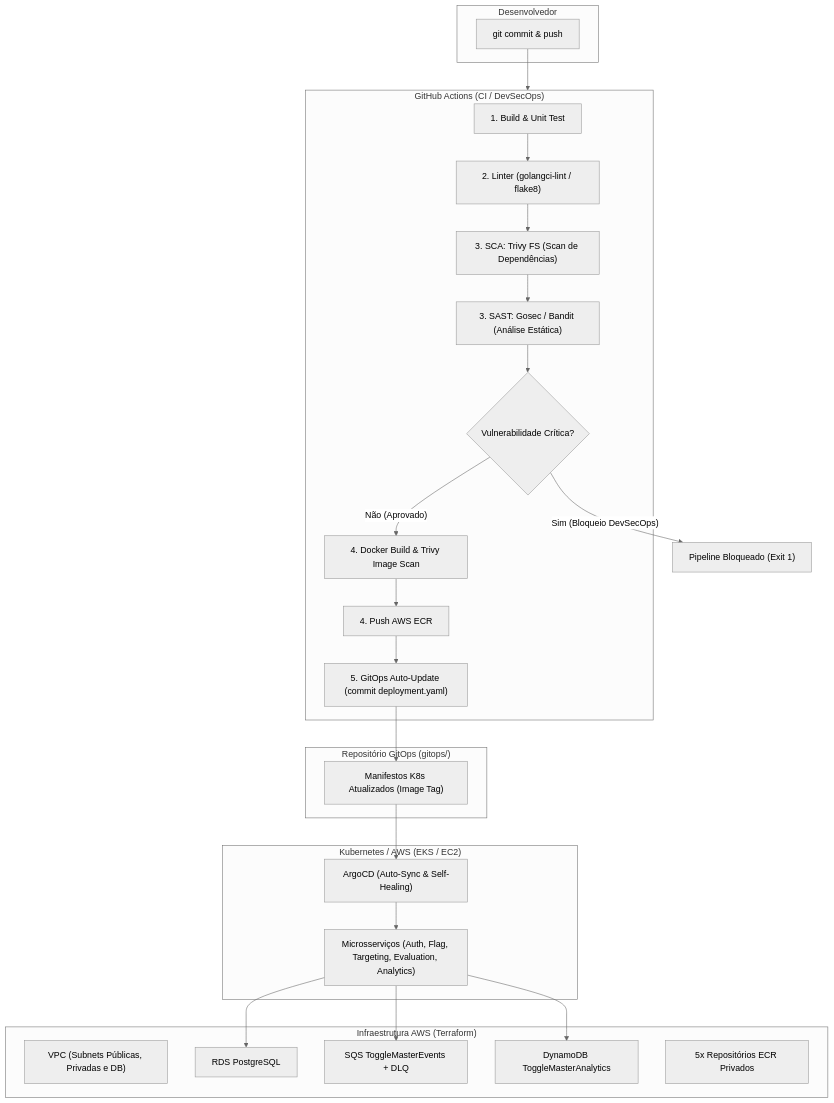
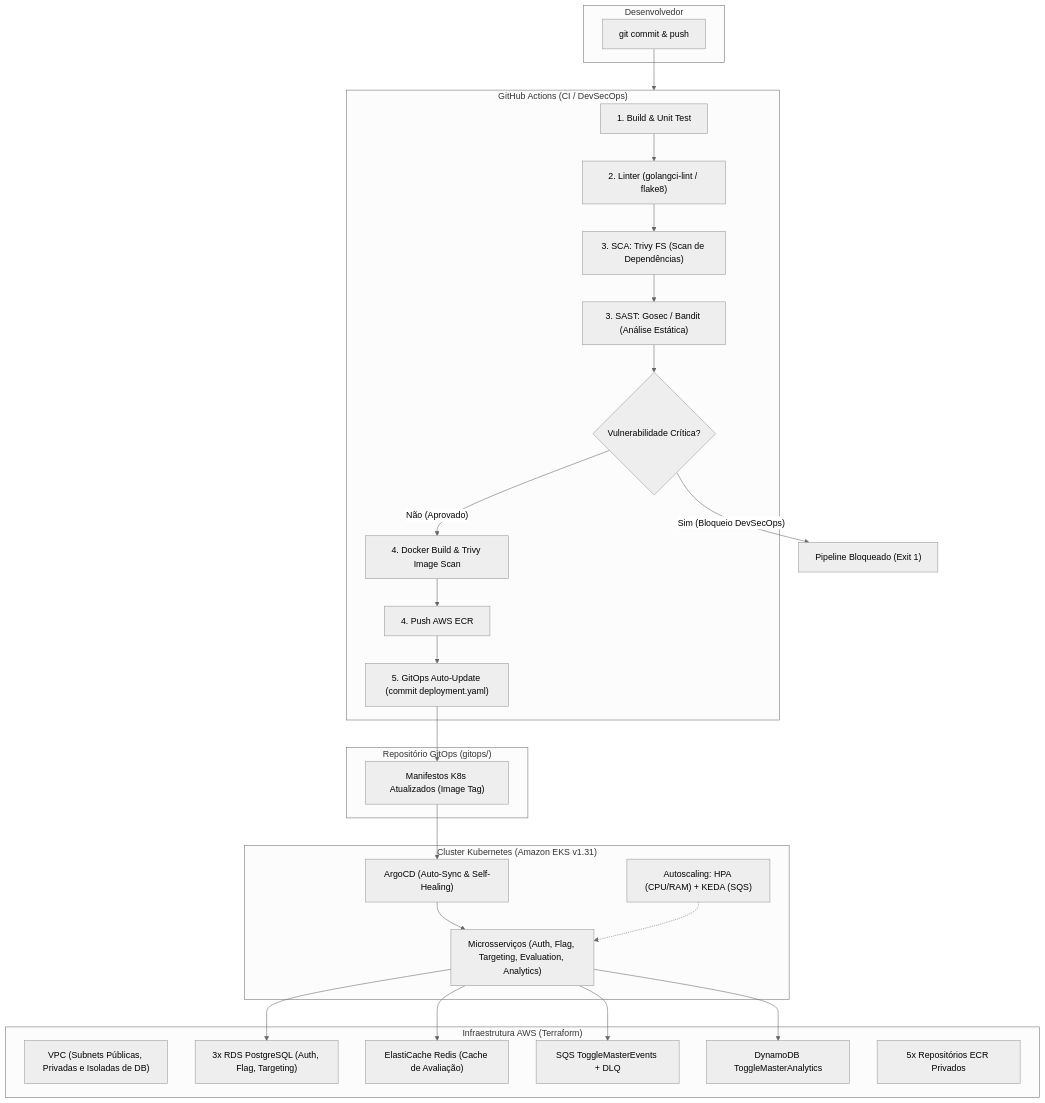
One commit to dasilva-dev/tech-challenge-fase3-togglemaster changed the diagram in README.md. Above: the diagram before and after it, drawn with Mermaid (neutral theme). The commit also changed other lines of this file, not shown here.

Commit message:
docs(readme): update architecture to full EKS enterprise and isolate free-tier note

````diff
--- a/README.md
+++ b/README.md
@@ -26,45 +26,49 @@
 ```mermaid
 flowchart TD
     subgraph Dev["Desenvolvedor"]
         GitCommit["git commit & push"]
     end
 
     subgraph CI["GitHub Actions (CI / DevSecOps)"]
         Build["1. Build & Unit Test"]
         Lint["2. Linter (golangci-lint / flake8)"]
         SCA["3. SCA: Trivy FS (Scan de Dependências)"]
         SAST["3. SAST: Gosec / Bandit (Análise Estática)"]
         Gate{"Vulnerabilidade Crítica?"}
         Docker["4. Docker Build & Trivy Image Scan"]
         ECR["4. Push AWS ECR"]
         GitOpsUp["5. GitOps Auto-Update (commit deployment.yaml)"]
     end
 
     subgraph GitOpsRepo["Repositório GitOps (gitops/)"]
         Manifests["Manifestos K8s Atualizados (Image Tag)"]
     end
 
-    subgraph Cluster["Kubernetes / AWS (EKS / EC2)"]
+    subgraph Cluster["Cluster Kubernetes (Amazon EKS v1.31)"]
         ArgoCD["ArgoCD (Auto-Sync & Self-Healing)"]
         Pods["Microsserviços (Auth, Flag, Targeting, Evaluation, Analytics)"]
+        HPA_KEDA["Autoscaling: HPA (CPU/RAM) + KEDA (SQS)"]
     end
 
     subgraph AWS["Infraestrutura AWS (Terraform)"]
-        VPC["VPC (Subnets Públicas, Privadas e DB)"]
-        RDS["RDS PostgreSQL"]
+        VPC["VPC (Subnets Públicas, Privadas e Isoladas de DB)"]
+        RDS["3x RDS PostgreSQL (Auth, Flag, Targeting)"]
+        Redis["ElastiCache Redis (Cache de Avaliação)"]
         SQS["SQS ToggleMasterEvents + DLQ"]
         DDB["DynamoDB ToggleMasterAnalytics"]
         ECR_Repos["5x Repositórios ECR Privados"]
     end
 
     GitCommit --> CI
     Build --> Lint --> SCA --> SAST --> Gate
     Gate -- "Sim (Bloqueio DevSecOps)" --> Fail["Pipeline Bloqueado (Exit 1)"]
     Gate -- "Não (Aprovado)" --> Docker --> ECR --> GitOpsUp
     GitOpsUp --> Manifests
     Manifests --> ArgoCD
     ArgoCD --> Pods
     Pods --> RDS
+    Pods --> Redis
     Pods --> SQS
     Pods --> DDB
+    HPA_KEDA -.-> Pods
 ```
````
